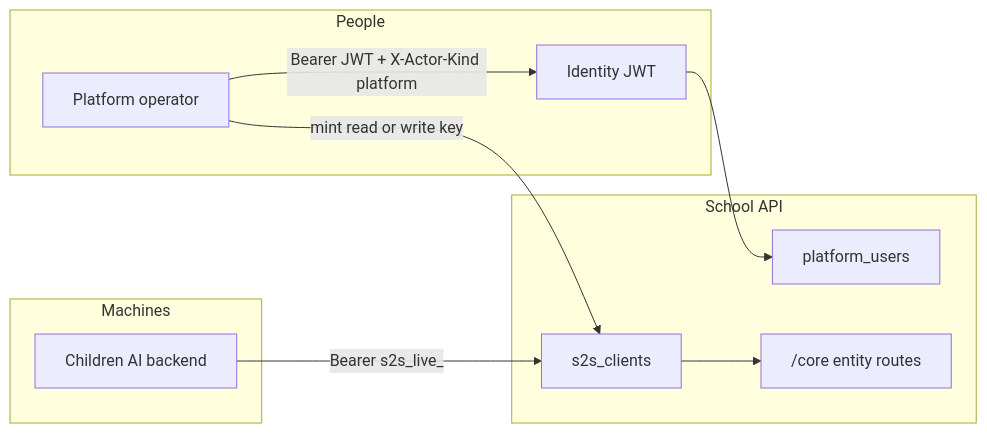
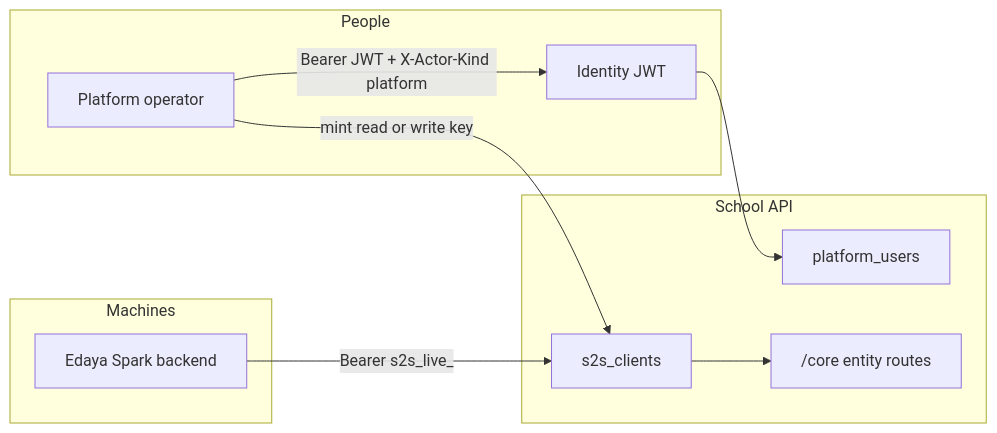
One commit to Maya-Invest/edaya_backend changed the diagram in docs/architecture/platform-actors-and-s2s-keys.md. Above: the diagram before and after it, drawn with Mermaid. The commit also changed other lines of this file and 32 other files, not shown here.

Commit message:
rename children ai to edaya spark and make applications communicate

````diff
--- a/docs/architecture/platform-actors-and-s2s-keys.md
+++ b/docs/architecture/platform-actors-and-s2s-keys.md
@@ -19,20 +19,20 @@
 ```mermaid
 flowchart LR
   subgraph people [People]
     Op[Platform operator]
     Identity[Identity JWT]
   end
   subgraph schoolApi [School API]
     PlatformUsers[platform_users]
     S2sClients[s2s_clients]
     SchoolRoutes["/core entity routes"]
   end
   subgraph machines [Machines]
-    Sibling[Children AI backend]
+    Sibling[Edaya Spark backend]
   end
   Op -->|Bearer JWT + X-Actor-Kind platform| Identity
   Identity --> PlatformUsers
   Op -->|mint read or write key| S2sClients
   Sibling -->|Bearer s2s_live_| S2sClients
   S2sClients --> SchoolRoutes
 ```
````
